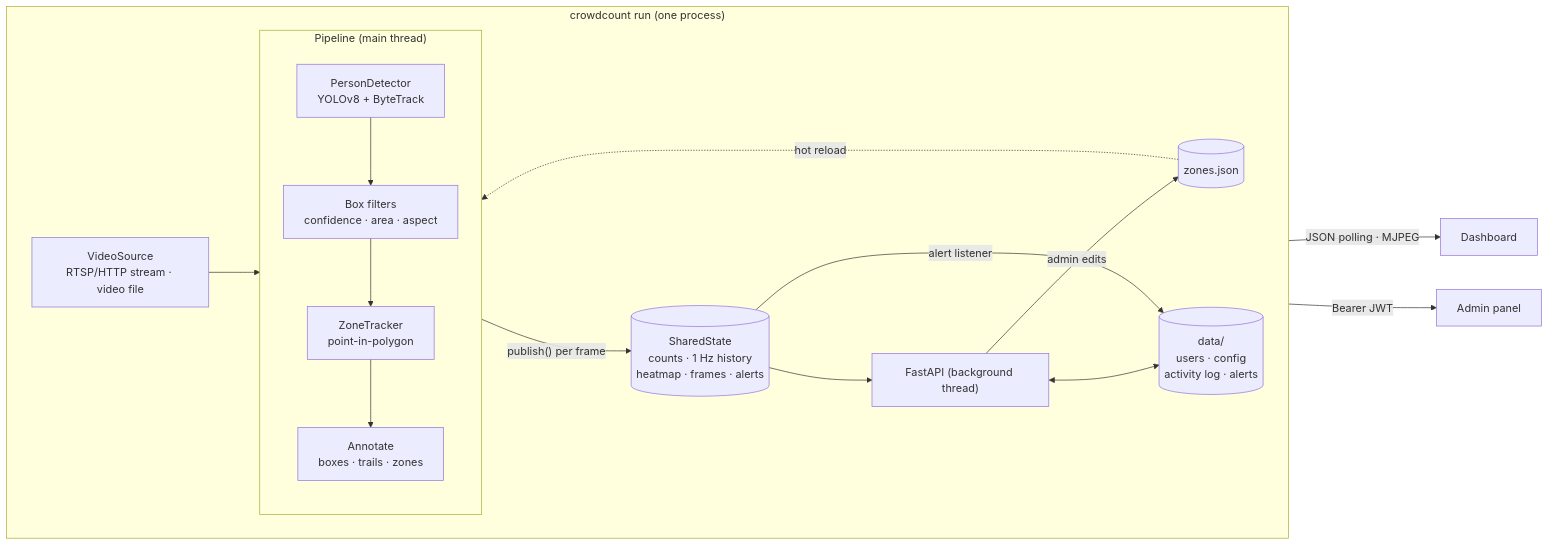
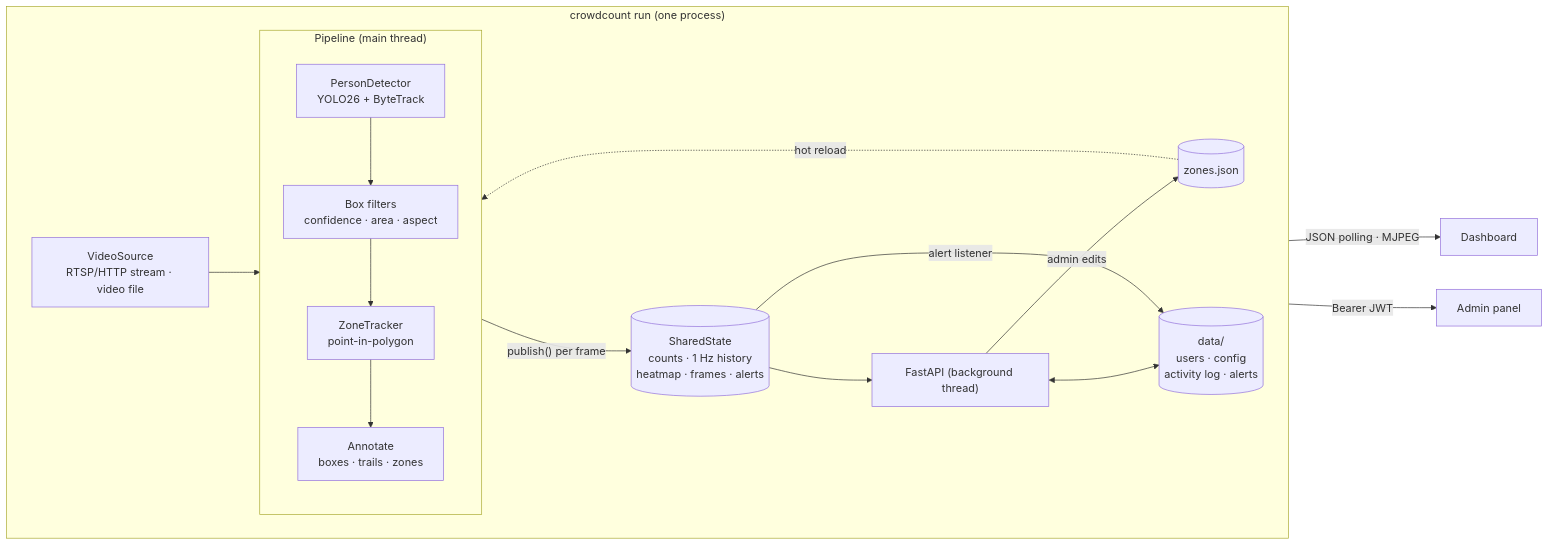
One commit to nvmaditya/CrowdCount changed the diagram in docs/architecture.md. Above: the diagram before and after it, drawn with Mermaid. The commit also changed 16 other files, not shown here.

First line of the commit message:
feat(detector): make YOLO26 the default model

````diff
--- a/docs/architecture.md
+++ b/docs/architecture.md
@@ -9,21 +9,21 @@
 ```mermaid
 flowchart LR
     subgraph process["crowdcount run (one process)"]
         direction LR
         src["VideoSource<br/>RTSP/HTTP stream · video file"] --> pipe
         subgraph pipe["Pipeline (main thread)"]
             direction TB
-            det["PersonDetector<br/>YOLOv8 + ByteTrack"] --> filt["Box filters<br/>confidence · area · aspect"]
+            det["PersonDetector<br/>YOLO26 + ByteTrack"] --> filt["Box filters<br/>confidence · area · aspect"]
             filt --> zt["ZoneTracker<br/>point-in-polygon"]
             zt --> ann["Annotate<br/>boxes · trails · zones"]
         end
         pipe -- "publish() per frame" --> state[("SharedState<br/>counts · 1 Hz history<br/>heatmap · frames · alerts")]
         state --> api["FastAPI (background thread)"]
         zones[("zones.json")] -. "hot reload" .-> pipe
         api -- "admin edits" --> zones
         api <--> store[("data/<br/>users · config<br/>activity log · alerts")]
         state -- "alert listener" --> store
     end
     api -- "JSON polling · MJPEG" --> dash["Dashboard"]
     api -- "Bearer JWT" --> admin["Admin panel"]
 ```
````
